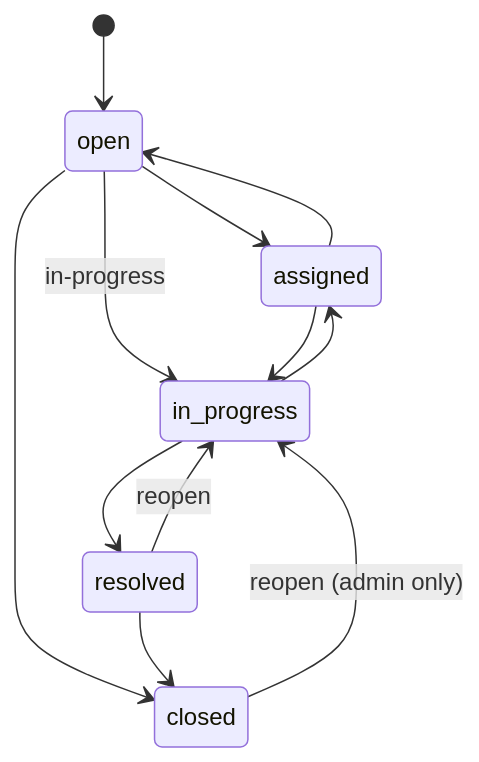
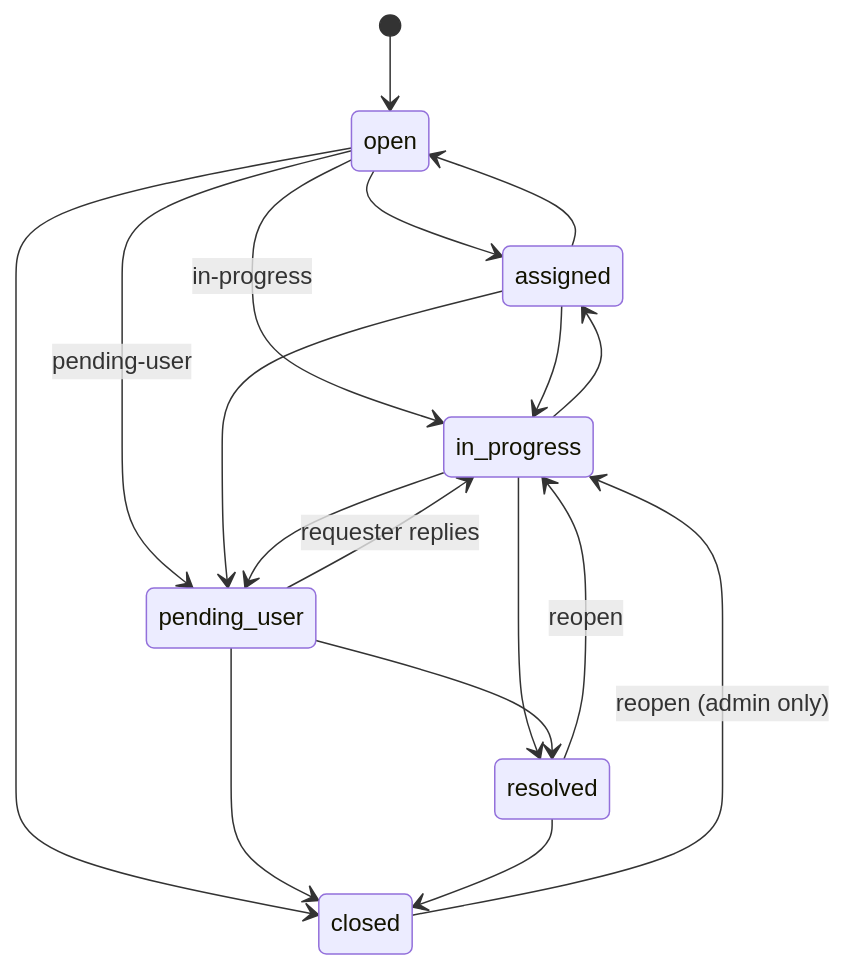
One commit to proyneon-hub/it-ticketing-system changed the diagram in docs/API.md. Above: the diagram before and after it, drawn with Mermaid. The commit also changed other lines of this file and 21 other files, not shown here.

First line of the commit message:
feat(agent): pending-user status that pauses the SLA clock

````diff
--- a/docs/API.md
+++ b/docs/API.md
@@ -107,14 +107,20 @@
 ```mermaid
 stateDiagram-v2
     [*] --> open
     open --> assigned
     open --> in_progress: in-progress
+    open --> pending_user: pending-user
     open --> closed
     assigned --> in_progress
+    assigned --> pending_user
     assigned --> open
     in_progress --> resolved
+    in_progress --> pending_user
     in_progress --> assigned
+    pending_user --> in_progress: requester replies
+    pending_user --> resolved
+    pending_user --> closed
     resolved --> closed
     resolved --> in_progress: reopen
     closed --> in_progress: reopen (admin only)
 ```
````
